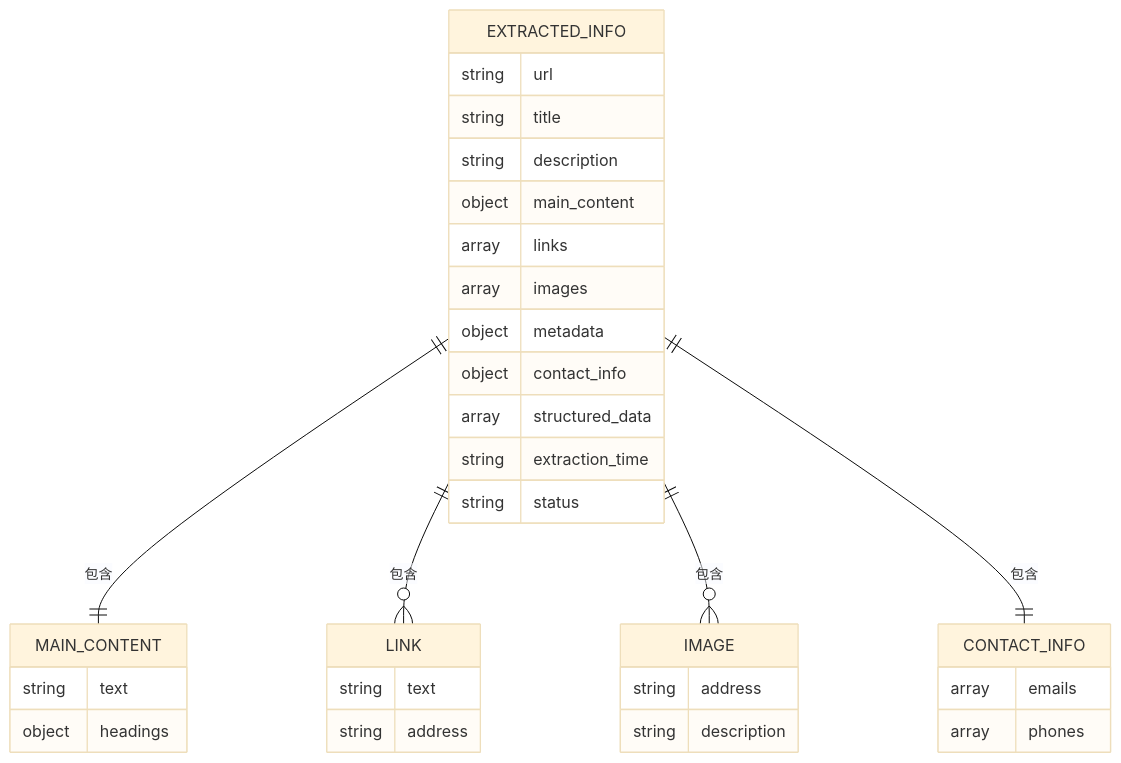
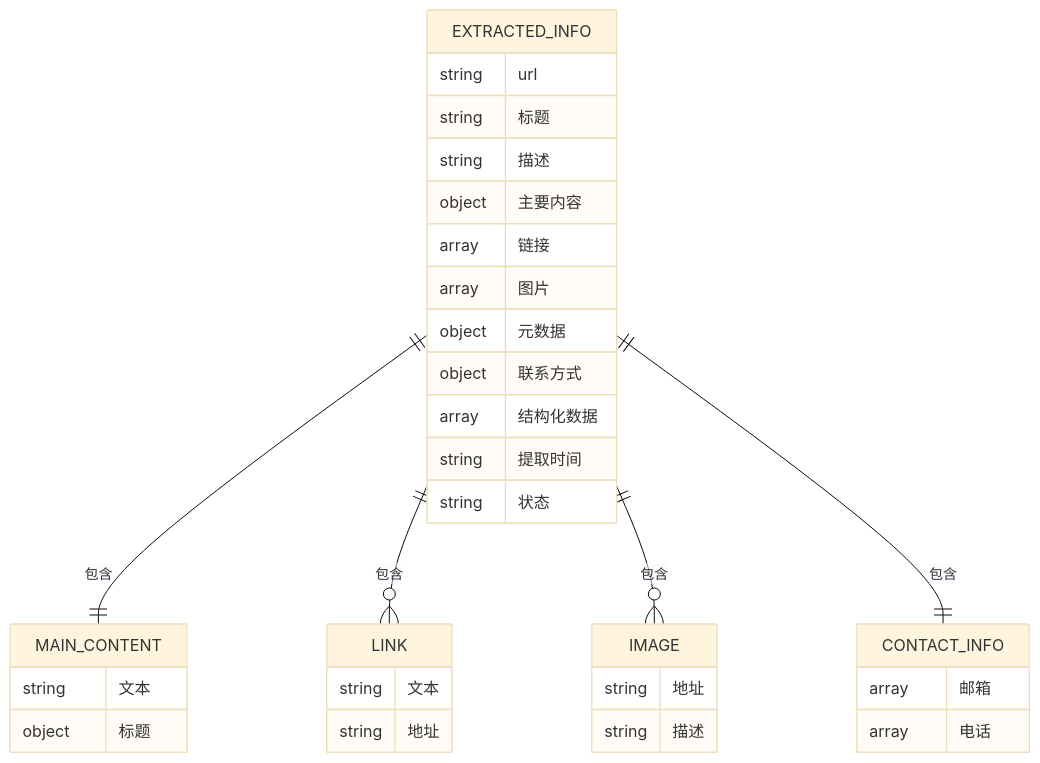
The eighth of 9 diagrams in .qoder/repowiki/zh/content/功能特性/网站信息提取.md (XueyuanQiao/site-info-extractor-agent), drawn with Mermaid (base theme) before and after one commit. The commit also changed other lines of this file and 4 other files, not shown here.

````diff
--- a/.qoder/repowiki/zh/content/功能特性/网站信息提取.md
+++ b/.qoder/repowiki/zh/content/功能特性/网站信息提取.md
@@ -305,36 +333,36 @@
 ```mermaid
 erDiagram
 EXTRACTED_INFO {
 string url
-string title
-string description
-object main_content
-array links
-array images
-object metadata
-object contact_info
-array structured_data
-string extraction_time
-string status
+string 标题
+string 描述
+object 主要内容
+array 链接
+array 图片
+object 元数据
+object 联系方式
+array 结构化数据
+string 提取时间
+string 状态
 }
 MAIN_CONTENT {
-string text
-object headings
+string 文本
+object 标题
 }
 LINK {
-string text
-string address
+string 文本
+string 地址
 }
 IMAGE {
-string address
-string description
+string 地址
+string 描述
 }
 CONTACT_INFO {
-array emails
-array phones
+array 邮箱
+array 电话
 }
 EXTRACTED_INFO ||--|| MAIN_CONTENT : "包含"
 EXTRACTED_INFO ||--o{ LINK : "包含"
 EXTRACTED_INFO ||--o{ IMAGE : "包含"
 EXTRACTED_INFO ||--|| CONTACT_INFO : "包含"
 ```
````
